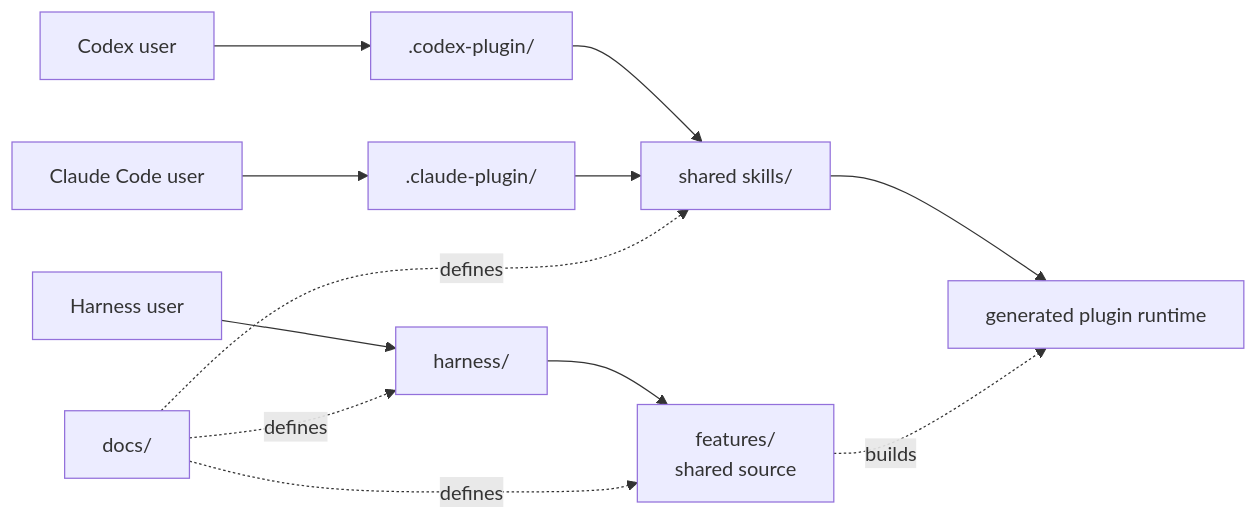
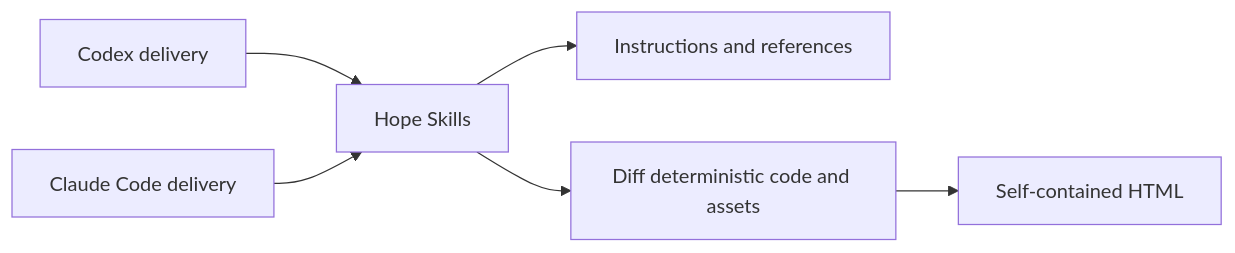
Before and after one commit to dkstm95/hope: the diagram in docs/architecture.md, drawn with Mermaid. The commit also changed other lines of this file and 354 other files, not shown here.

First line of the commit message:
refactor: simplify Hope around skills and Diff (#65)

````diff
--- a/docs/architecture.md
+++ b/docs/architecture.md
@@ -95,14 +34,8 @@
 ```mermaid
 flowchart LR
-  U1["Harness user"] --> H["harness/"]
-  U2["Codex user"] --> C[".codex-plugin/"]
-  U3["Claude Code user"] --> L[".claude-plugin/"]
-  C --> S["shared skills/"]
-  L --> S
-  H --> F["features/<br/>shared source"]
-  S --> P["generated plugin runtime"]
-  F -.builds.-> P
-  D["docs/"] -.defines.-> F
-  D -.defines.-> H
-  D -.defines.-> S
+  C["Codex delivery"] --> S["Hope Skills"]
+  L["Claude Code delivery"] --> S
+  S --> I["Instructions and references"]
+  S --> D["Diff deterministic code and assets"]
+  D --> H["Self-contained HTML"]
 ```
````
